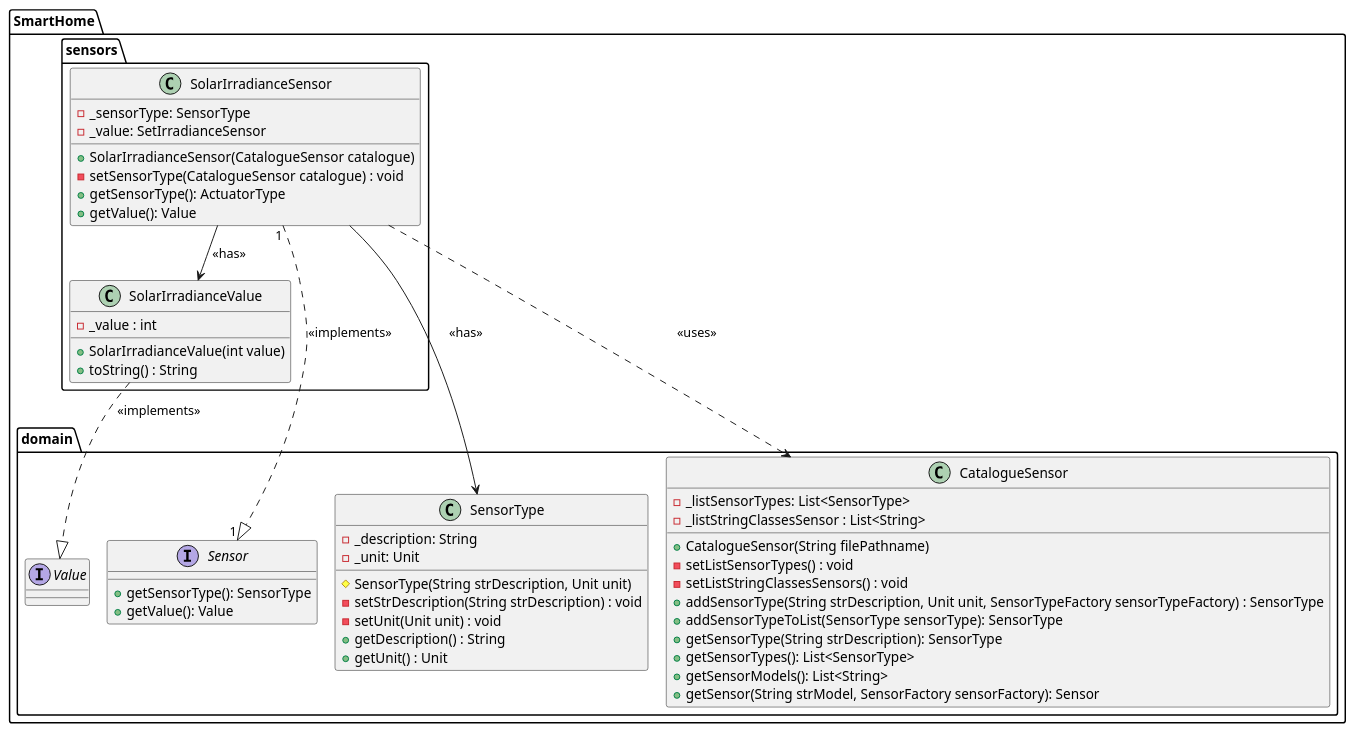
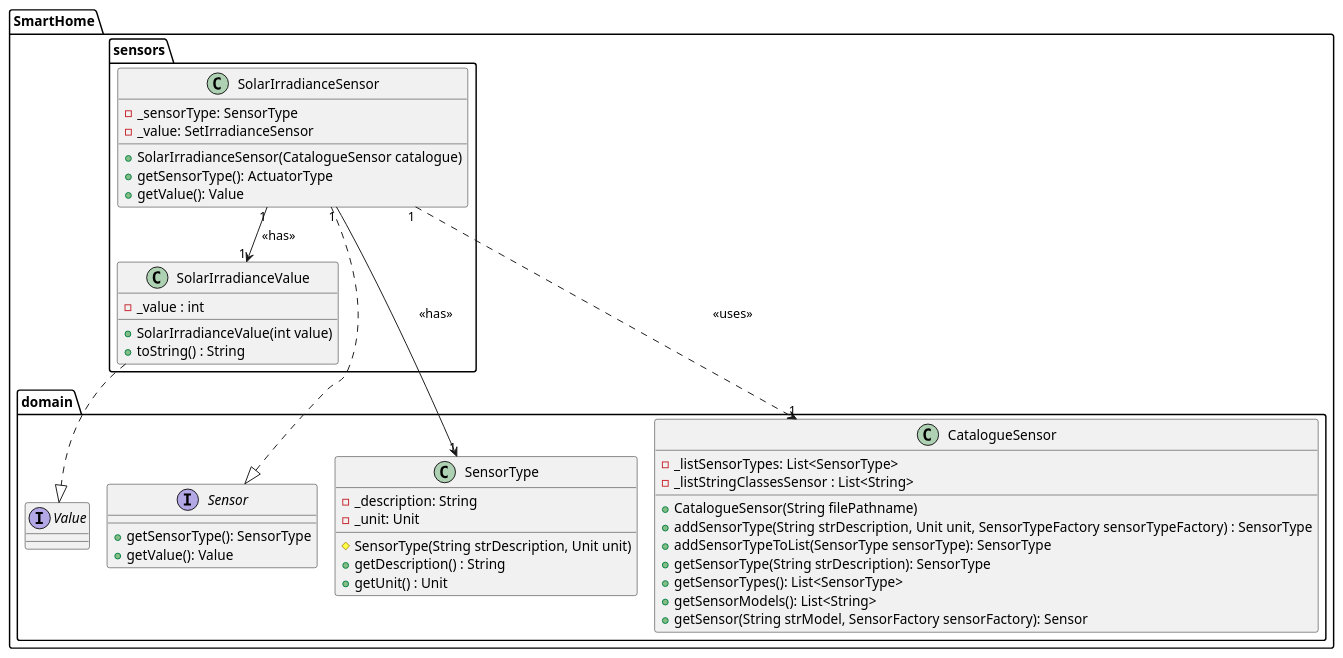
The diagram in docs/userStories/us023/01.requirements-engineering/diagrams/classDiagram.puml (olivDiogo/SmartHome), drawn with PlantUML before and after one commit. The commit also changed 2 other files, not shown here.

Commit message:
#59 Update class diagram for US23

```diff
--- a/docs/userStories/us023/01.requirements-engineering/diagrams/classDiagram.puml
+++ b/docs/userStories/us023/01.requirements-engineering/diagrams/classDiagram.puml
@@ -1,67 +1,62 @@
 @startuml
 !pragma layout smetana
 
 package SmartHome.sensors {
 
   class SolarIrradianceSensor {
     - _sensorType: SensorType
     - _value: SetIrradianceSensor
     + SolarIrradianceSensor(CatalogueSensor catalogue)
-    - setSensorType(CatalogueSensor catalogue) : void
     + getSensorType(): ActuatorType
     + getValue(): Value
 
   }
 
   class SolarIrradianceValue {
     - _value : int
     + SolarIrradianceValue(int value)
     + toString() : String
   }
 
 }
 
 package SmartHome.domain {
 
   interface Sensor {
         + getSensorType(): SensorType
         + getValue(): Value
   }
 
   interface Value {
   }
 
   class SensorType {
     - _description: String
     - _unit: Unit
     # SensorType(String strDescription, Unit unit)
-    - setStrDescription(String strDescription) : void
-    - setUnit(Unit unit) : void
     + getDescription() : String
     + getUnit() : Unit
   }
 
  class CatalogueSensor {
     - _listSensorTypes: List<SensorType>
     - _listStringClassesSensor : List<String>
     + CatalogueSensor(String filePathname)
-    - setListSensorTypes() : void
-    - setListStringClassesSensors() : void
     + addSensorType(String strDescription, Unit unit, SensorTypeFactory sensorTypeFactory) : SensorType
     + addSensorTypeToList(SensorType sensorType): SensorType
     + getSensorType(String strDescription): SensorType
     + getSensorTypes(): List<SensorType>
     + getSensorModels(): List<String>
     + getSensor(String strModel, SensorFactory sensorFactory): Sensor
  }
 
 
 }
 
-SmartHome.sensors.SolarIrradianceSensor "1" ..|>  "1" SmartHome.domain.Sensor : <<implements>>
-SmartHome.sensors.SolarIrradianceSensor --> SmartHome.domain.SensorType : <<has>>
-SmartHome.sensors.SolarIrradianceSensor --> SmartHome.sensors.SolarIrradianceValue : <<has>>
-SmartHome.sensors.SolarIrradianceValue ..|> SmartHome.domain.Value : <<implements>>
-SmartHome.sensors.SolarIrradianceSensor ..> SmartHome.domain.CatalogueSensor : <<uses>>
+SmartHome.sensors.SolarIrradianceSensor ..|> SmartHome.domain.Sensor
+SmartHome.sensors.SolarIrradianceSensor "1" --> "1" SmartHome.domain.SensorType : <<has>>
+SmartHome.sensors.SolarIrradianceSensor "1" --> "1" SmartHome.sensors.SolarIrradianceValue : <<has>>
+SmartHome.sensors.SolarIrradianceValue ..|> SmartHome.domain.Value
+SmartHome.sensors.SolarIrradianceSensor "1" ..> "1" SmartHome.domain.CatalogueSensor : <<uses>>
 
 @enduml
```
